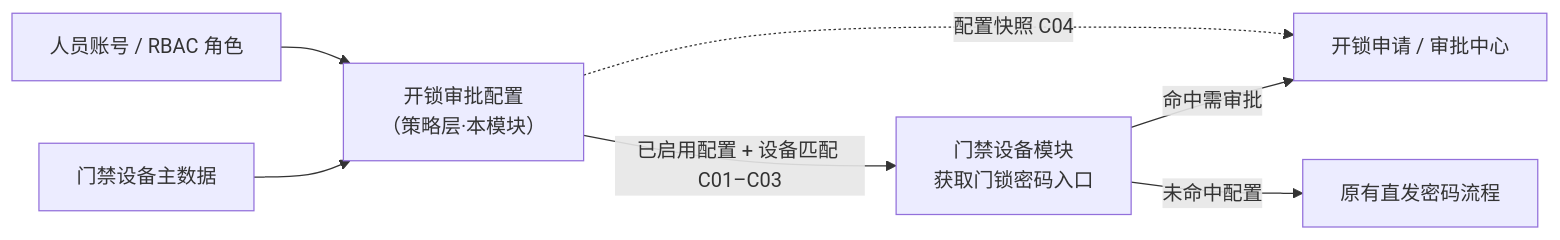
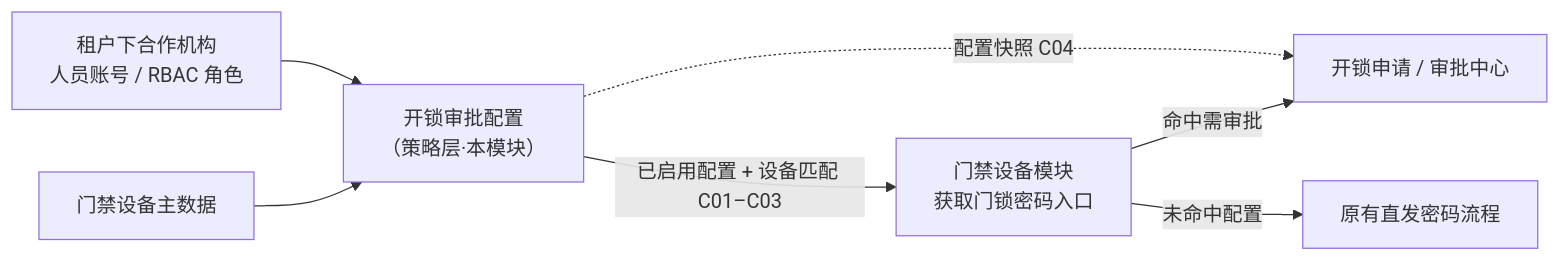
Before and after one commit to RobertHuang999/SYZC: the first of 2 diagrams in 02-PRD文档/B-迭代需求/6.2版本（2026.08）/06-门禁开锁审批/01-审批配置/门禁开锁审批配置主PRD.md, drawn with Mermaid. The commit also changed other lines of this file and 36 other files, not shown here.

````diff
--- a/02-PRD文档/B-迭代需求/6.2版本（2026.08）/06-门禁开锁审批/01-审批配置/门禁开锁审批配置主PRD.md
+++ b/02-PRD文档/B-迭代需求/6.2版本（2026.08）/06-门禁开锁审批/01-审批配置/门禁开锁审批配置主PRD.md
@@ -103,9 +50,9 @@
 ```mermaid
 flowchart LR
     A["门禁设备主数据"] --> B["开锁审批配置<br/>（策略层·本模块）"]
-    C["人员账号 / RBAC 角色"] --> B
+    C["租户下合作机构<br/>人员账号 / RBAC 角色"] --> B
     B -->|"已启用配置 + 设备匹配 C01–C03"| D["门禁设备模块<br/>获取门锁密码入口"]
     D -->|"命中需审批"| E["开锁申请 / 审批中心"]
     D -->|"未命中配置"| F["原有直发密码流程"]
     B -.->|"配置快照 C04"| E
 ```
````
